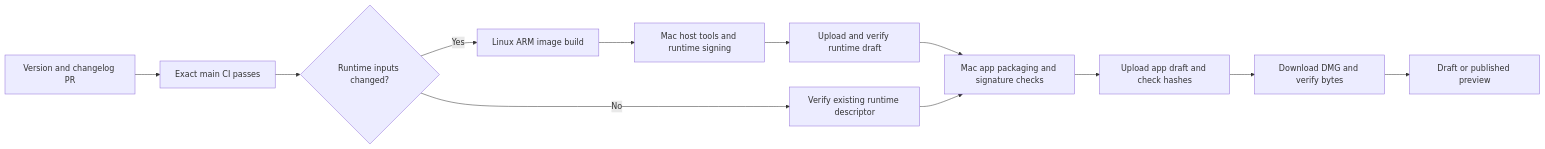
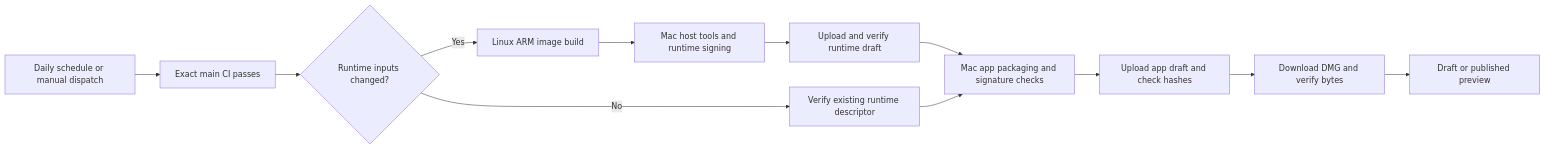
Before and after one commit to KrishBhimani/nod: the diagram in desktop/RELEASING.md, drawn with Mermaid. The commit also changed other lines of this file and 15 other files, not shown here.

````diff
--- a/desktop/RELEASING.md
+++ b/desktop/RELEASING.md
@@ -51,14 +59,14 @@
 ```mermaid
 flowchart LR
-  P[Version and changelog PR] --> C[Exact main CI passes]
+  P[Daily schedule or manual dispatch] --> C[Exact main CI passes]
   C --> R{Runtime inputs changed?}
   R -->|Yes| I[Linux ARM image build]
   I --> H[Mac host tools and runtime signing]
   H --> V[Upload and verify runtime draft]
   R -->|No| D[Verify existing runtime descriptor]
   V --> A[Mac app packaging and signature checks]
   D --> A
   A --> U[Upload app draft and check hashes]
   U --> Q[Download DMG and verify bytes]
   Q --> F[Draft or published preview]
 ```
````
